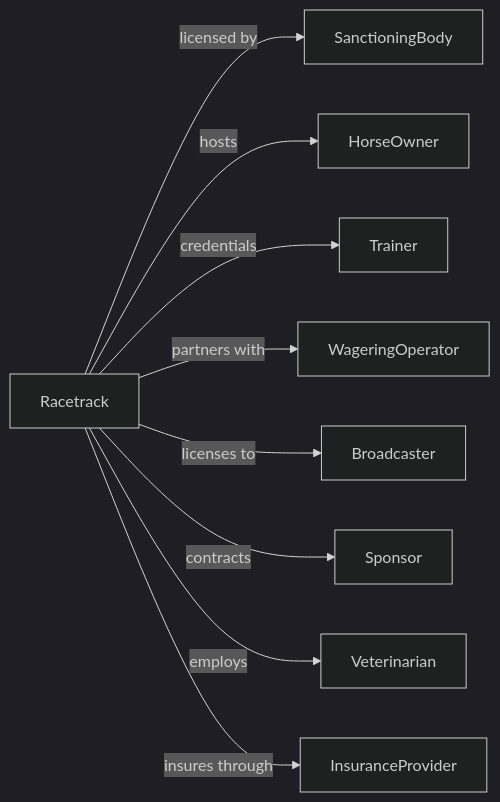
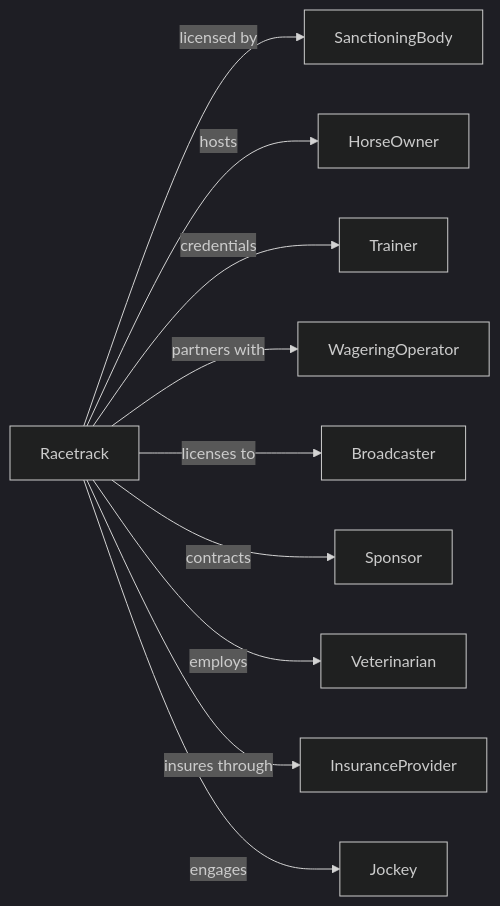
The second of 2 diagrams in Arts/PerformingArtsSpectatorSportsAndRelatedIndustries/SpectatorSports/Racetracks.mdx (dot-org-ai/industries.org.ai), drawn with Mermaid (dark theme) before and after one commit. The commit also changed 588 other files, not shown here.

````diff
--- a/Arts/PerformingArtsSpectatorSportsAndRelatedIndustries/SpectatorSports/Racetracks.mdx
+++ b/Arts/PerformingArtsSpectatorSportsAndRelatedIndustries/SpectatorSports/Racetracks.mdx
@@ -130,13 +130,14 @@
 ```mermaid
 graph LR
     T[Racetrack]
 
     T -->|licensed by| SanctioningBody
     T -->|hosts| HorseOwner
     T -->|credentials| Trainer
     T -->|partners with| WageringOperator
     T -->|licenses to| Broadcaster
     T -->|contracts| Sponsor
     T -->|employs| Veterinarian
     T -->|insures through| InsuranceProvider
+    T -->|engages| Jockey
 ```
````
